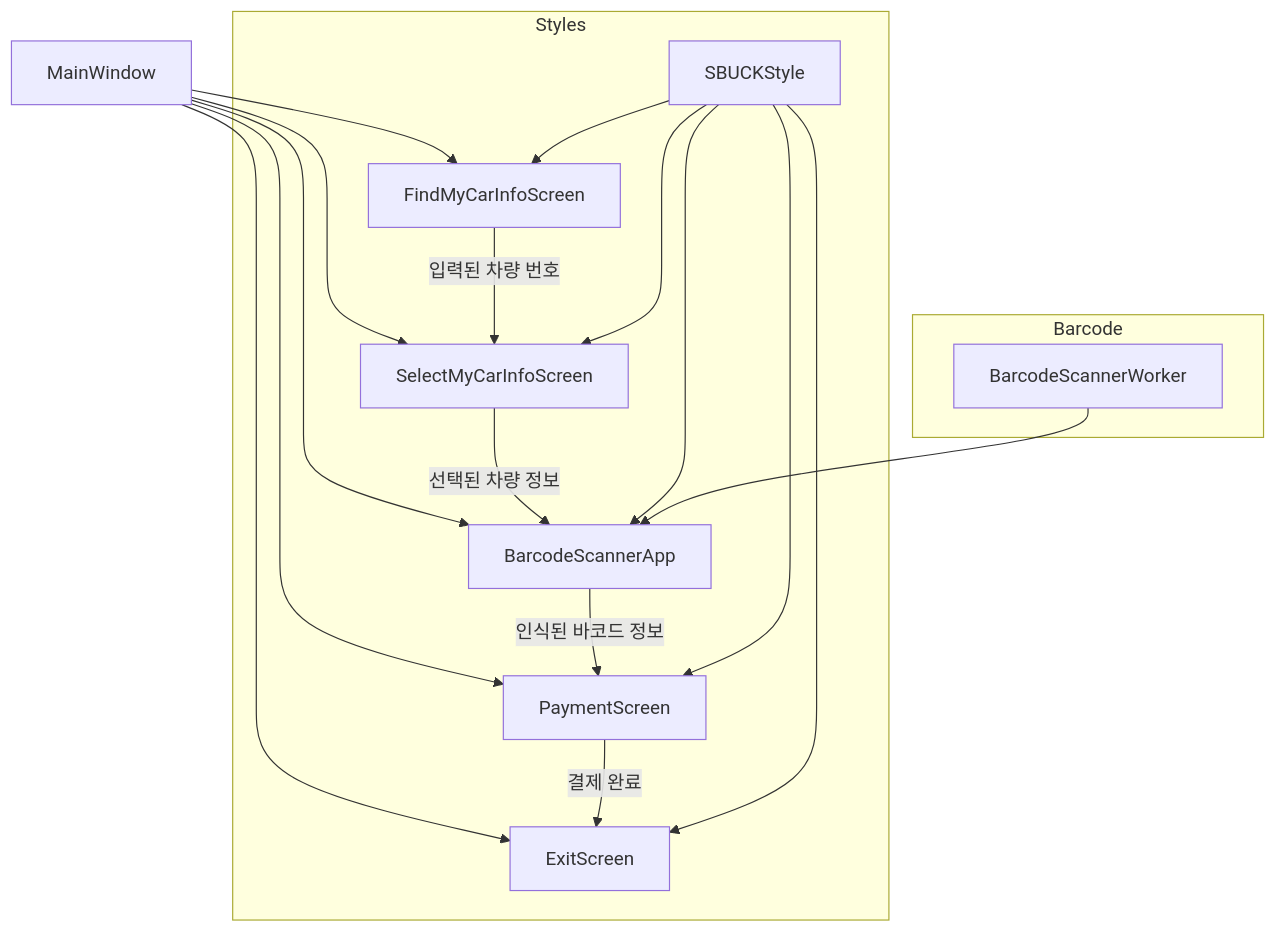
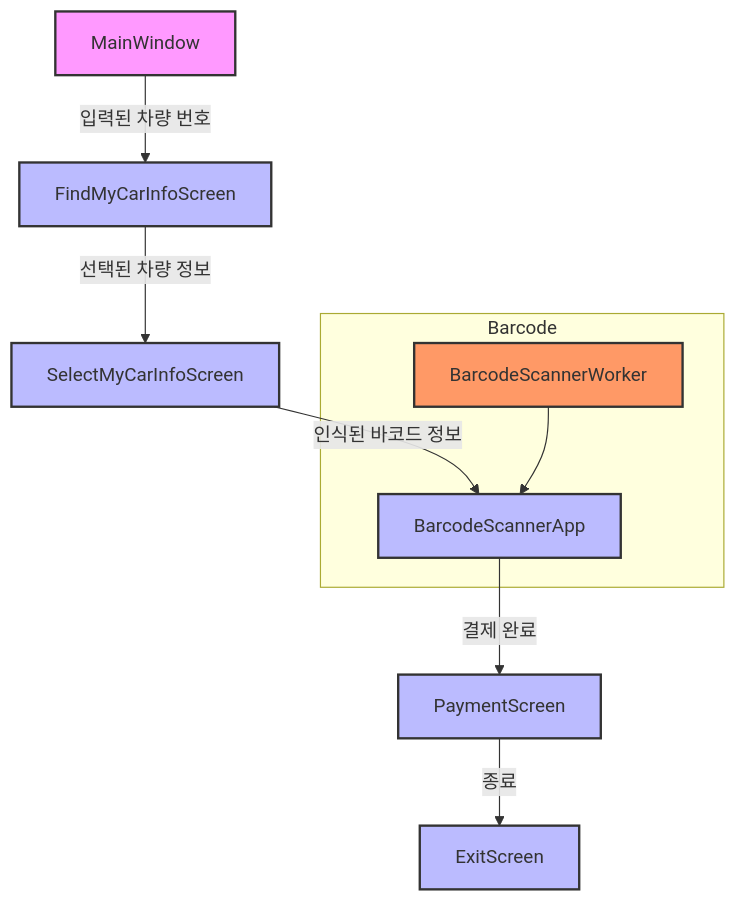
Before and after one commit to GooMinjae/ROKEY_starbucks_parking_payment: the diagram in README.md, drawn with Mermaid.

Commit message:
스타일링

````diff
--- a/README.md
+++ b/README.md
@@ -4,25 +4,20 @@
 ```mermaid
 graph TD;
-    A[MainWindow] --> B[FindMyCarInfoScreen]
-    A --> C[SelectMyCarInfoScreen]
-    A --> D[BarcodeScannerApp]
-    A --> E[PaymentScreen]
-    A --> F[ExitScreen]
-    
-    B -->|입력된 차량 번호| C
-    C -->|선택된 차량 정보| D
-    D -->|인식된 바코드 정보| E
-    E -->|결제 완료| F
-    
-    subgraph Styles
-        G[SBUCKStyle] --> B
-        G --> C
-        G --> D
-        G --> E
-        G --> F
-    end
+    style A fill:#f9f,stroke:#333,stroke-width:2px;
+    style B fill:#bbf,stroke:#333,stroke-width:2px;
+    style C fill:#bbf,stroke:#333,stroke-width:2px;
+    style D fill:#bbf,stroke:#333,stroke-width:2px;
+    style E fill:#bbf,stroke:#333,stroke-width:2px;
+    style F fill:#bbf,stroke:#333,stroke-width:2px;
+    style H fill:#f96,stroke:#333,stroke-width:2px;
+
+    A[MainWindow] -->|입력된 차량 번호| B[FindMyCarInfoScreen]
+    B -->|선택된 차량 정보| C[SelectMyCarInfoScreen]
+    C -->|인식된 바코드 정보| D[BarcodeScannerApp]
+    D -->|결제 완료| E[PaymentScreen]
+    E -->|종료| F[ExitScreen]
     
     subgraph Barcode
         H[BarcodeScannerWorker] --> D
     end
 ```
````
